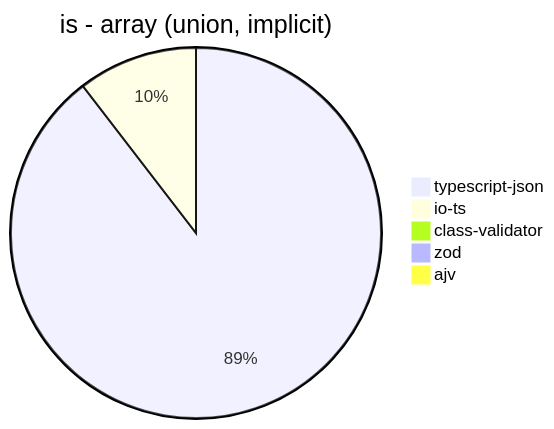
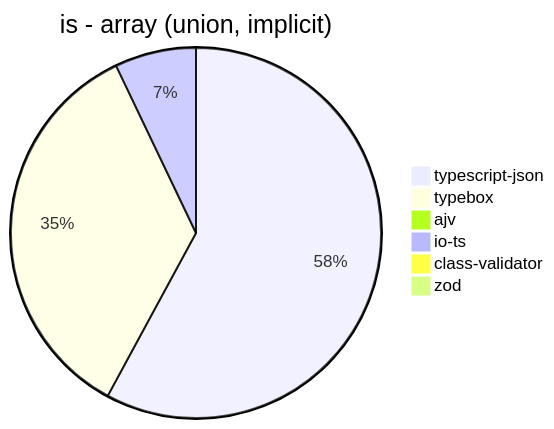
The seventh of 39 diagrams in benchmark/results/AMD Ryzen 9 5900HX with Radeon Graphics.md (samchon/typia), drawn with Mermaid before and after one commit. The commit also changed other lines of this file and 7 other files, not shown here.

````diff
--- a/benchmark/results/AMD Ryzen 9 5900HX with Radeon Graphics.md
+++ b/benchmark/results/AMD Ryzen 9 5900HX with Radeon Graphics.md
@@ -81,8 +87,9 @@
 ```mermaid
 pie title is - array (union, implicit)
-  "typescript-json": 4115.482695810564
-  "io-ts": 479.89427978100815
-  "class-validator": 9.972801450589303
-  "zod": 3.949595636637201
+  "typescript-json": 3988.380281690141
+  "typebox": 2410.90573012939
   "ajv": 0
+  "io-ts": 488.49056603773585
+  "class-validator": 9.924646204741777
+  "zod": 3.951825366955213
 ```
````
